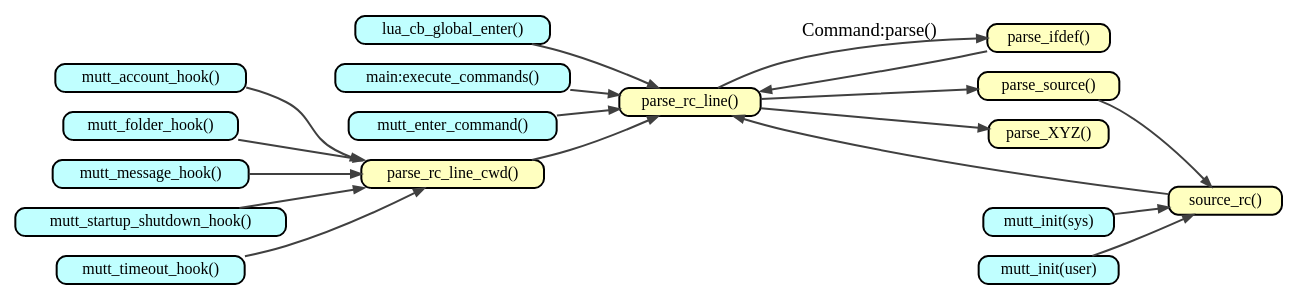
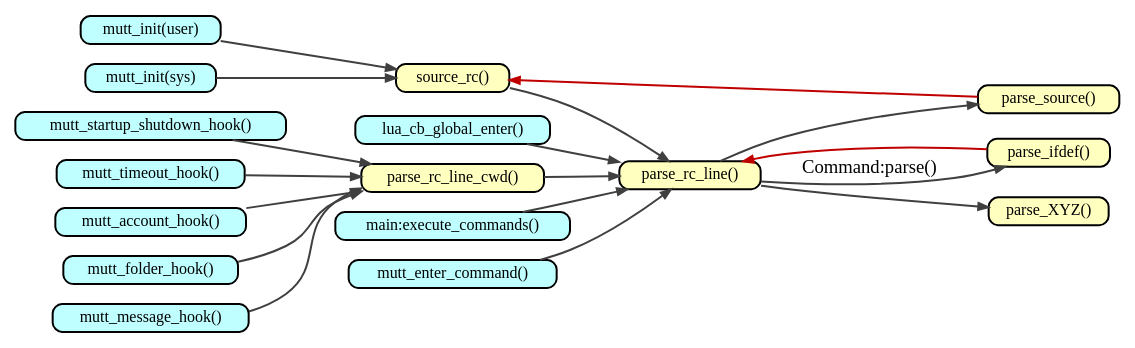
Before and after one commit to neomutt/flatcap-brain-dump: the diagram in commands/parse.gv, drawn with Graphviz. The commit also changed 3 other files, not shown here.

Commit message:
command parse notes

```diff
--- a/commands/parse.gv
+++ b/commands/parse.gv
@@ -1,69 +1,72 @@
 digraph callgraph {
 	graph [
 		rankdir="LR"
 		nodesep="0.2"
 		ranksep="0.5"
 		compound="true"
 	]
 
 	node [
 		shape="Mrecord"
 		fontsize="12"
 		fillcolor="#ffffff"
 		style="filled"
 		height="0.2"
 		penwidth="1.5"
 		color="black"
 	]
 
 	edge [
 		penwidth="1.5"
 		arrowsize="0.75"
 		color="#404040"
 	]
 
 	// External functions
 	node [ fillcolor="#c0ffff" ]
 	lua_cb_global_enter        [ label="lua_cb_global_enter()"        ]
 	main_execute_commands      [ label="main:execute_commands()"      ]
 	mutt_account_hook          [ label="mutt_account_hook()"          ]
 	mutt_enter_command         [ label="mutt_enter_command()"         ]
 	mutt_folder_hook           [ label="mutt_folder_hook()"           ]
 	mutt_init_sys              [ label="mutt_init(sys)"               ]
 	mutt_init_user             [ label="mutt_init(user)"              ]
 	mutt_message_hook          [ label="mutt_message_hook()"          ]
 	mutt_startup_shutdown_hook [ label="mutt_startup_shutdown_hook()" ]
 	mutt_timeout_hook          [ label="mutt_timeout_hook()"          ]
 
+	{ rank=same mutt_account_hook mutt_folder_hook mutt_message_hook mutt_startup_shutdown_hook mutt_timeout_hook mutt_init_sys mutt_init_user }
+
 	// Parts of Parse System
 	node [ fillcolor="#ffffc0" ]
 	parse_ifdef           [ label="parse_ifdef()"           ]
 	parse_rc_line         [ label="parse_rc_line()"         ]
 	parse_rc_line_cwd     [ label="parse_rc_line_cwd()"     ]
 	parse_source          [ label="parse_source()"          ]
 	parse_XYZ             [ label="parse_XYZ()"             ]
 	source_rc             [ label="source_rc()"             ]
 
-	parse_source   -> source_rc
+	{ rank=same lua_cb_global_enter main_execute_commands mutt_enter_command parse_rc_line_cwd source_rc }
+
 	mutt_init_sys  -> source_rc
 	mutt_init_user -> source_rc
+	parse_source   -> source_rc [ color="#c00000" ]
 
 	lua_cb_global_enter   -> parse_rc_line
 	main_execute_commands -> parse_rc_line
 	mutt_enter_command    -> parse_rc_line
-	parse_ifdef           -> parse_rc_line
+	parse_ifdef           -> parse_rc_line [ color="#c00000" ]
 	parse_rc_line_cwd     -> parse_rc_line
 	source_rc             -> parse_rc_line
 
 	parse_rc_line -> parse_ifdef [ label="Command:parse()" ]
-	parse_rc_line -> parse_XYZ // [ label="Command:parse()" ]
-	parse_rc_line -> parse_source // [ label="Command:parse()" ]
+	parse_rc_line -> parse_XYZ
+	parse_rc_line -> parse_source
 
-	mutt_folder_hook -> parse_rc_line_cwd
-	mutt_message_hook -> parse_rc_line_cwd
-	mutt_account_hook -> parse_rc_line_cwd
-	mutt_timeout_hook -> parse_rc_line_cwd
+	mutt_account_hook          -> parse_rc_line_cwd
+	mutt_folder_hook           -> parse_rc_line_cwd
+	mutt_message_hook          -> parse_rc_line_cwd
 	mutt_startup_shutdown_hook -> parse_rc_line_cwd
-
+	mutt_timeout_hook          -> parse_rc_line_cwd
 
 }
```
